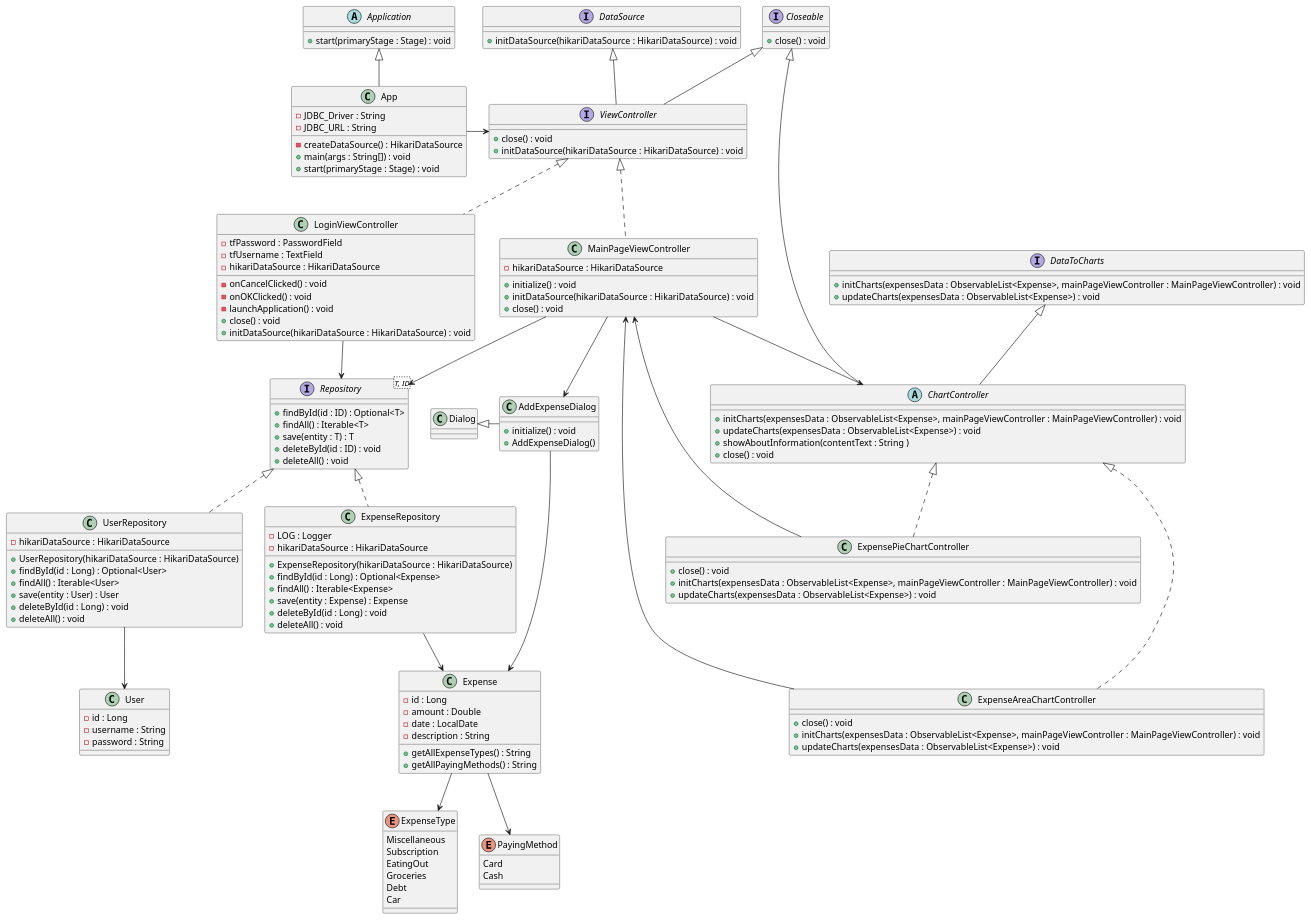
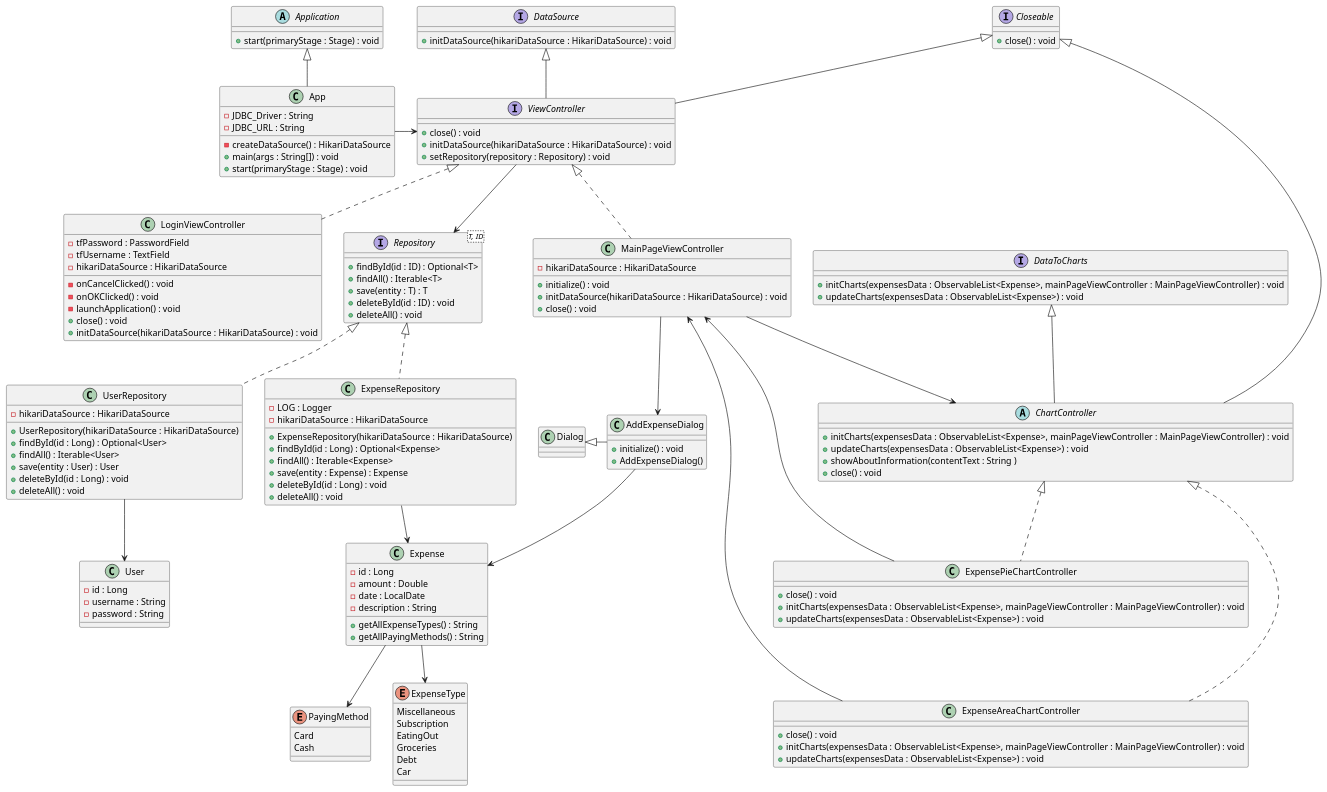
Before and after one commit to Bert0ns/ExpenseTracker: the diagram in UML/ClassDiagram/ClassDiagram.puml, drawn with PlantUML. The commit also changed 11 other files, not shown here.

```diff
--- a/UML/ClassDiagram/ClassDiagram.puml
+++ b/UML/ClassDiagram/ClassDiagram.puml
@@ -1,165 +1,165 @@
 @startuml
 abstract class Application {
     + start(primaryStage : Stage) : void
 }
 class App {
     - JDBC_Driver : String
     - JDBC_URL : String
     - createDataSource() : HikariDataSource
     + main(args : String[]) : void
     + start(primaryStage : Stage) : void
 }
 
 
 interface DataSource {
     + initDataSource(hikariDataSource : HikariDataSource) : void
 }
 interface Closeable {
     + close() : void
 }
 interface ViewController{
    + close() : void
    + initDataSource(hikariDataSource : HikariDataSource) : void
+   + setRepository(repository : Repository) : void
 }
-
 interface Repository<T, ID>{
      + findById(id : ID) : Optional<T>
      + findAll() : Iterable<T>
      + save(entity : T) : T
      + deleteById(id : ID) : void
      + deleteAll() : void
 }
 
 class LoginViewController {
     - tfPassword : PasswordField
     - tfUsername : TextField
     - hikariDataSource : HikariDataSource
     - onCancelClicked() : void
     - onOKClicked() : void
     - launchApplication() : void
     + close() : void
     + initDataSource(hikariDataSource : HikariDataSource) : void
 }
 
 class MainPageViewController {
     - hikariDataSource : HikariDataSource
     + initialize() : void
     + initDataSource(hikariDataSource : HikariDataSource) : void
     + close() : void
 }
 
 interface DataToCharts {
     + initCharts(expensesData : ObservableList<Expense>, mainPageViewController : MainPageViewController) : void
     + updateCharts(expensesData : ObservableList<Expense>) : void
 }
 
 abstract class ChartController {
     + initCharts(expensesData : ObservableList<Expense>, mainPageViewController : MainPageViewController) : void
     + updateCharts(expensesData : ObservableList<Expense>) : void
     + showAboutInformation(contentText : String )
     + close() : void
 }
 
 class ExpenseAreaChartController {
     + close() : void
     + initCharts(expensesData : ObservableList<Expense>, mainPageViewController : MainPageViewController) : void
     + updateCharts(expensesData : ObservableList<Expense>) : void
 }
 
 class ExpensePieChartController {
     + close() : void
     + initCharts(expensesData : ObservableList<Expense>, mainPageViewController : MainPageViewController) : void
     + updateCharts(expensesData : ObservableList<Expense>) : void
 }
 
 class ExpenseRepository {
     - LOG : Logger
     - hikariDataSource : HikariDataSource
     + ExpenseRepository(hikariDataSource : HikariDataSource)
     + findById(id : Long) : Optional<Expense>
     + findAll() : Iterable<Expense>
     + save(entity : Expense) : Expense
     + deleteById(id : Long) : void
     + deleteAll() : void
 }
 
 class Expense {
     - id : Long
     - amount : Double
     - date : LocalDate
     - description : String
 
     + getAllExpenseTypes() : String
     + getAllPayingMethods() : String
 }
 enum ExpenseType {
     Miscellaneous
     Subscription
     EatingOut
     Groceries
     Debt
     Car
 }
 enum PayingMethod {
     Card
     Cash
 }
 
 class UserRepository {
     - hikariDataSource : HikariDataSource
     + UserRepository(hikariDataSource : HikariDataSource)
     + findById(id : Long) : Optional<User>
     + findAll() : Iterable<User>
     + save(entity : User) : User
     + deleteById(id : Long) : void
     + deleteAll() : void
 }
 class User {
     - id : Long
     - username : String
     - password : String
 }
 
 class AddExpenseDialog {
     + initialize() : void
     + AddExpenseDialog()
 }
 
 
 
 Application <|-- App
 App -> ViewController
 
 DataSource <|-- ViewController
 Closeable <|-- ViewController
 
+ViewController --> Repository
+
 ViewController <|.. LoginViewController
-LoginViewController --> Repository
 
 ViewController <|.. MainPageViewController
-MainPageViewController --> Repository
 MainPageViewController --> ChartController
 MainPageViewController --> AddExpenseDialog
 
 Closeable <|-- ChartController
 DataToCharts <|-- ChartController
 
 ChartController <|... ExpenseAreaChartController
 ExpenseAreaChartController --> MainPageViewController
 
 ChartController <|.. ExpensePieChartController
 ExpensePieChartController --> MainPageViewController
 
 Repository <|.. ExpenseRepository
 ExpenseRepository --> Expense
 
 Repository <|.. UserRepository
 UserRepository --> User
 
 Expense --> ExpenseType
 Expense --> PayingMethod
 
 Dialog <|- AddExpenseDialog
 AddExpenseDialog -> Expense
 
 @enduml
```
